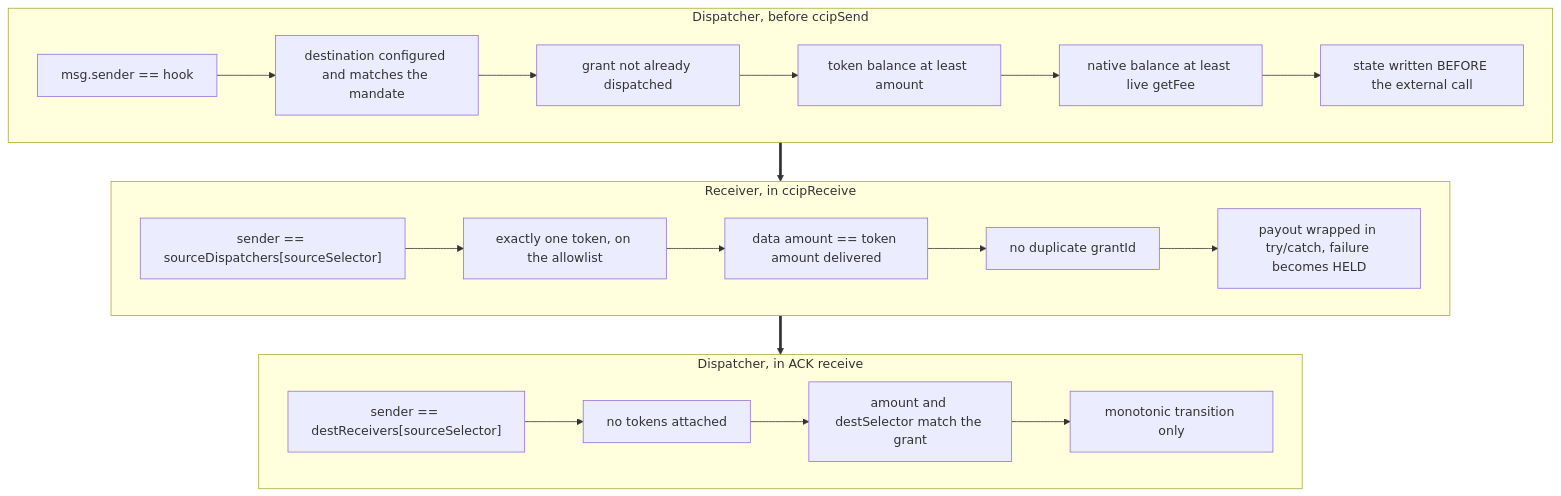
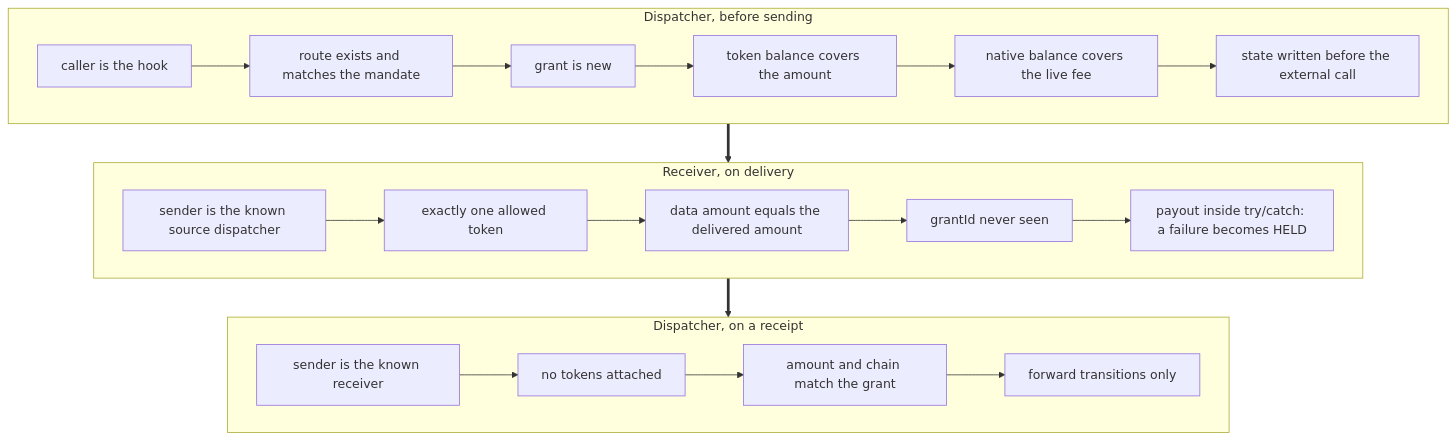
The tenth of 10 diagrams in docs/architecture/03-chainlink-ccip.md (neevmodh/nidhi), drawn with Mermaid before and after one commit. The commit also changed other lines of this file and 5 other files, not shown here.

````diff
--- a/docs/architecture/03-chainlink-ccip.md
+++ b/docs/architecture/03-chainlink-ccip.md
@@ -181,18 +234,18 @@
 ```mermaid
 flowchart TD
-  subgraph SOURCE["Dispatcher, before ccipSend"]
-    S1["msg.sender == hook"] --> S2["destination configured and matches the mandate"]
-    S2 --> S3["grant not already dispatched"] --> S4["token balance at least amount"]
-    S4 --> S5["native balance at least live getFee"] --> S6["state written BEFORE the external call"]
+  subgraph S["Dispatcher, before sending"]
+    S1["caller is the hook"] --> S2["route exists and matches the mandate"]
+    S2 --> S3["grant is new"] --> S4["token balance covers the amount"]
+    S4 --> S5["native balance covers the live fee"] --> S6["state written before the external call"]
   end
-  subgraph DEST["Receiver, in ccipReceive"]
-    R1["sender == sourceDispatchers[sourceSelector]"] --> R2["exactly one token, on the allowlist"]
-    R2 --> R3["data amount == token amount delivered"] --> R4["no duplicate grantId"]
-    R4 --> R5["payout wrapped in try/catch, failure becomes HELD"]
+  subgraph D["Receiver, on delivery"]
+    D1["sender is the known source dispatcher"] --> D2["exactly one allowed token"]
+    D2 --> D3["data amount equals the delivered amount"] --> D4["grantId never seen"]
+    D4 --> D5["payout inside try/catch: a failure becomes HELD"]
   end
-  subgraph ACKCHK["Dispatcher, in ACK receive"]
-    A1["sender == destReceivers[sourceSelector]"] --> A2["no tokens attached"]
-    A2 --> A3["amount and destSelector match the grant"] --> A4["monotonic transition only"]
+  subgraph R["Dispatcher, on a receipt"]
+    R1["sender is the known receiver"] --> R2["no tokens attached"]
+    R2 --> R3["amount and chain match the grant"] --> R4["forward transitions only"]
   end
-  SOURCE ==> DEST ==> ACKCHK
+  S ==> D ==> R
 ```
````
